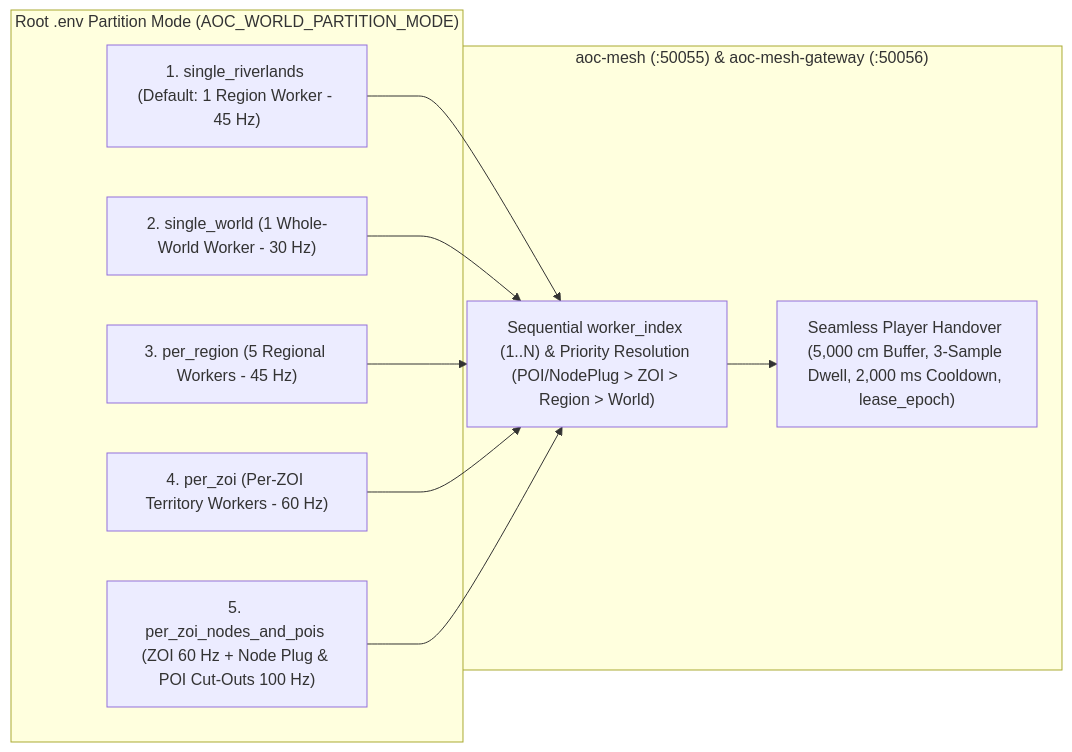
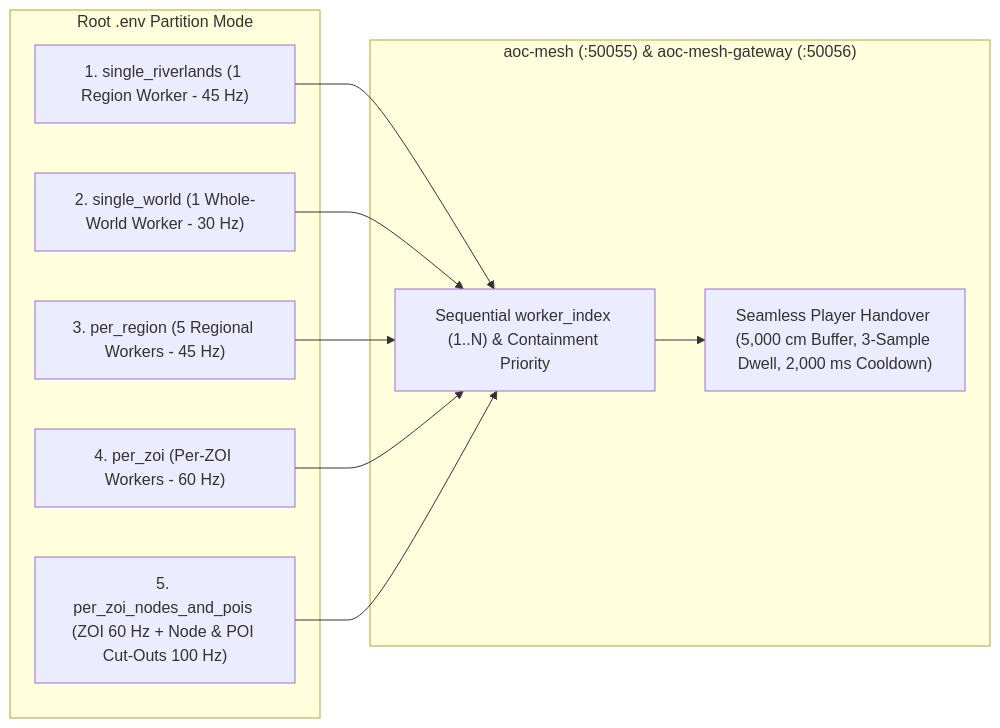
One commit to debuggin/SandalCore changed the diagram in docs/RUNBOOK.md. Above: the diagram before and after it, drawn with Mermaid. The commit also changed other lines of this file and 222 other files, not shown here.

First line of the commit message:
feat(web-admin): refine map POI labels, calendar, logs, and world state

````diff
--- a/docs/RUNBOOK.md
+++ b/docs/RUNBOOK.md
@@ -81,22 +73,22 @@
 ```mermaid
 flowchart LR
-    subgraph EnvConfig["Root .env Partition Mode (AOC_WORLD_PARTITION_MODE)"]
-        S1["1. single_riverlands (Default: 1 Region Worker - 45 Hz)"]
+    subgraph EnvConfig["Root .env Partition Mode"]
+        S1["1. single_riverlands (1 Region Worker - 45 Hz)"]
         S2["2. single_world (1 Whole-World Worker - 30 Hz)"]
         S3["3. per_region (5 Regional Workers - 45 Hz)"]
-        S4["4. per_zoi (Per-ZOI Territory Workers - 60 Hz)"]
-        S5["5. per_zoi_nodes_and_pois (ZOI 60 Hz + Node Plug & POI Cut-Outs 100 Hz)"]
+        S4["4. per_zoi (Per-ZOI Workers - 60 Hz)"]
+        S5["5. per_zoi_nodes_and_pois (ZOI 60 Hz + Node & POI Cut-Outs 100 Hz)"]
     end
 
     subgraph MeshRegistry["aoc-mesh (:50055) & aoc-mesh-gateway (:50056)"]
-        Reg["Sequential worker_index (1..N) & Priority Resolution (POI/NodePlug > ZOI > Region > World)"]
-        Handover["Seamless Player Handover (5,000 cm Buffer, 3-Sample Dwell, 2,000 ms Cooldown, lease_epoch)"]
+        Reg["Sequential worker_index (1..N) & Containment Priority"]
+        Handover["Seamless Player Handover (5,000 cm Buffer, 3-Sample Dwell, 2,000 ms Cooldown)"]
     end
 
     S1 --> Reg
     S2 --> Reg
     S3 --> Reg
     S4 --> Reg
     S5 --> Reg
     Reg --> Handover
 ```
````
